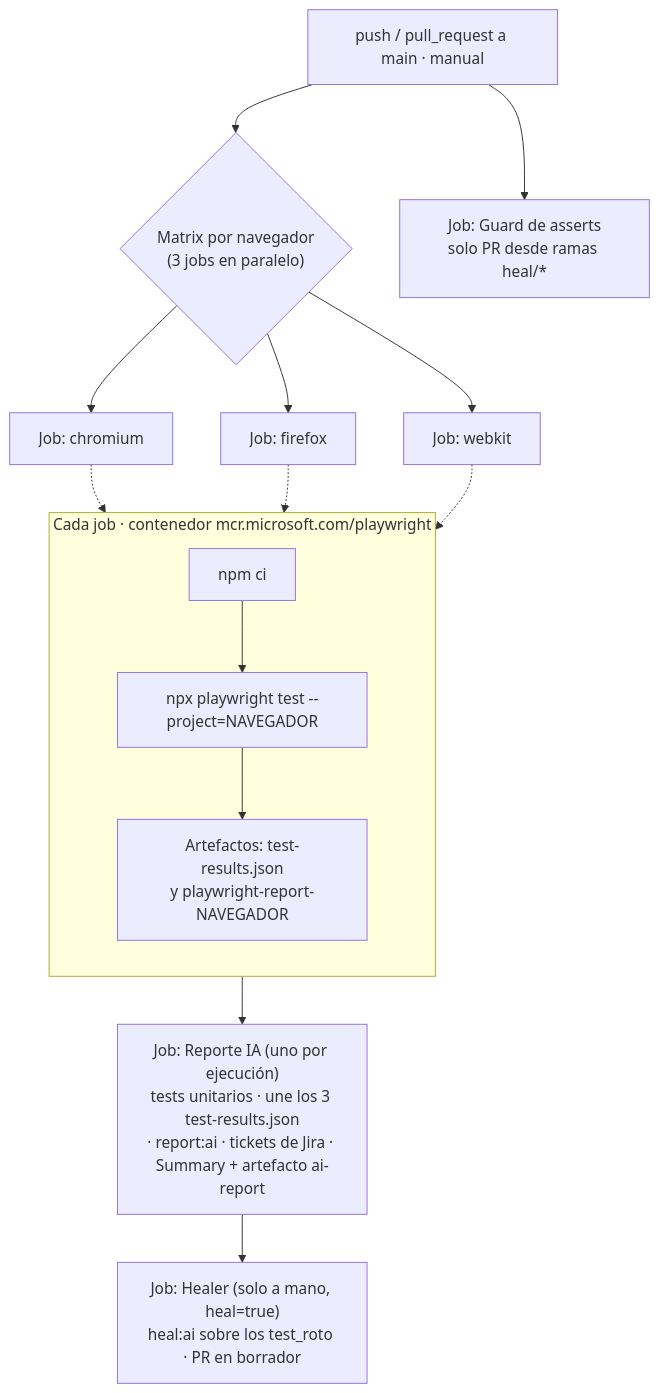
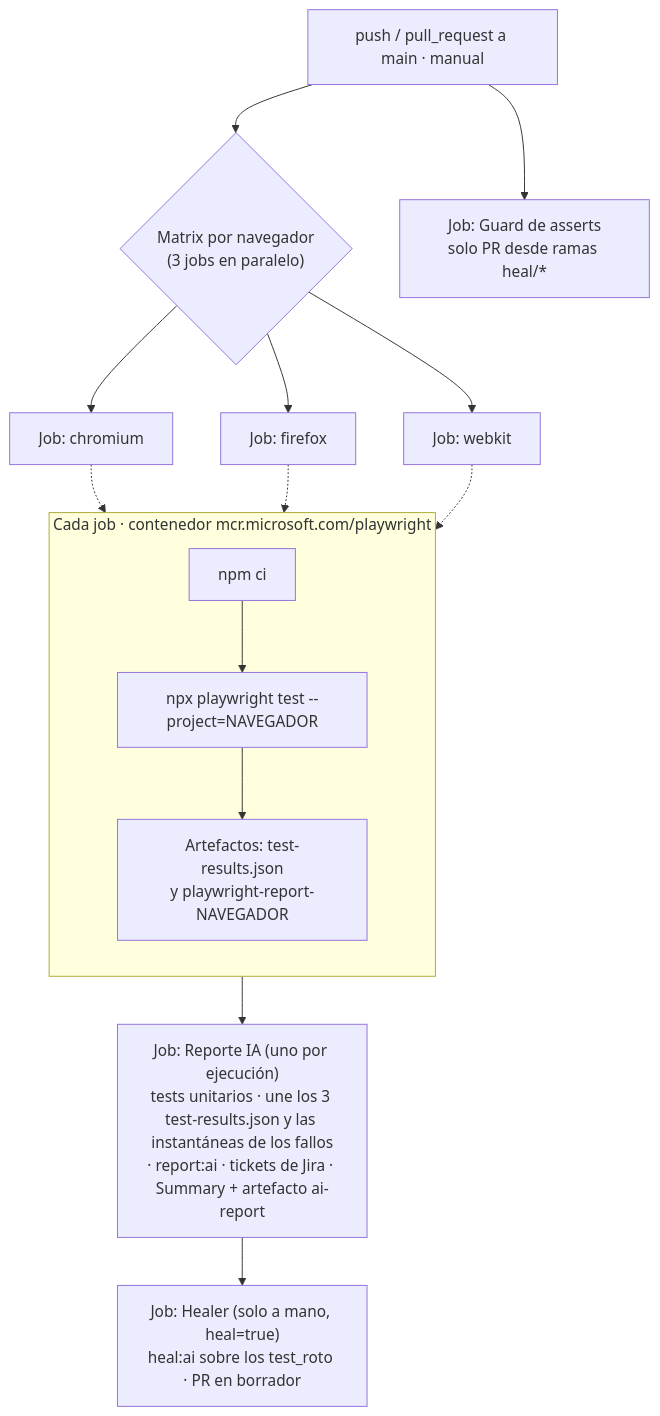
Before and after one commit to StoneFly365/playwright-demo-ia-mcp: the second of 3 diagrams in README.md, drawn with Mermaid. The commit also changed 1 other file, not shown here.

Commit message:
docs: resultado de la prueba del healer en CI

````diff
--- a/README.md
+++ b/README.md
@@ -343,22 +343,22 @@
 ```mermaid
 flowchart TD
     T["push / pull_request a main · manual"] --> M{"Matrix por navegador<br/>(3 jobs en paralelo)"}
 
     M --> C["Job: chromium"]
     M --> F["Job: firefox"]
     M --> W["Job: webkit"]
 
     subgraph JOB ["Cada job · contenedor mcr.microsoft.com/playwright"]
         direction TB
         S1["npm ci"] --> S2["npx playwright test --project=NAVEGADOR"]
         S2 --> S3["Artefactos: test-results.json<br/>y playwright-report-NAVEGADOR"]
     end
 
     C -.-> JOB
     F -.-> JOB
     W -.-> JOB
 
-    JOB --> R["Job: Reporte IA (uno por ejecución)<br/>tests unitarios · une los 3 test-results.json<br/>· report:ai · tickets de Jira · Summary + artefacto ai-report"]
+    JOB --> R["Job: Reporte IA (uno por ejecución)<br/>tests unitarios · une los 3 test-results.json y las instantáneas de los fallos<br/>· report:ai · tickets de Jira · Summary + artefacto ai-report"]
     R --> HL["Job: Healer (solo a mano, heal=true)<br/>heal:ai sobre los test_roto · PR en borrador"]
     T --> GU["Job: Guard de asserts<br/>solo PR desde ramas heal/*"]
 ```
````
